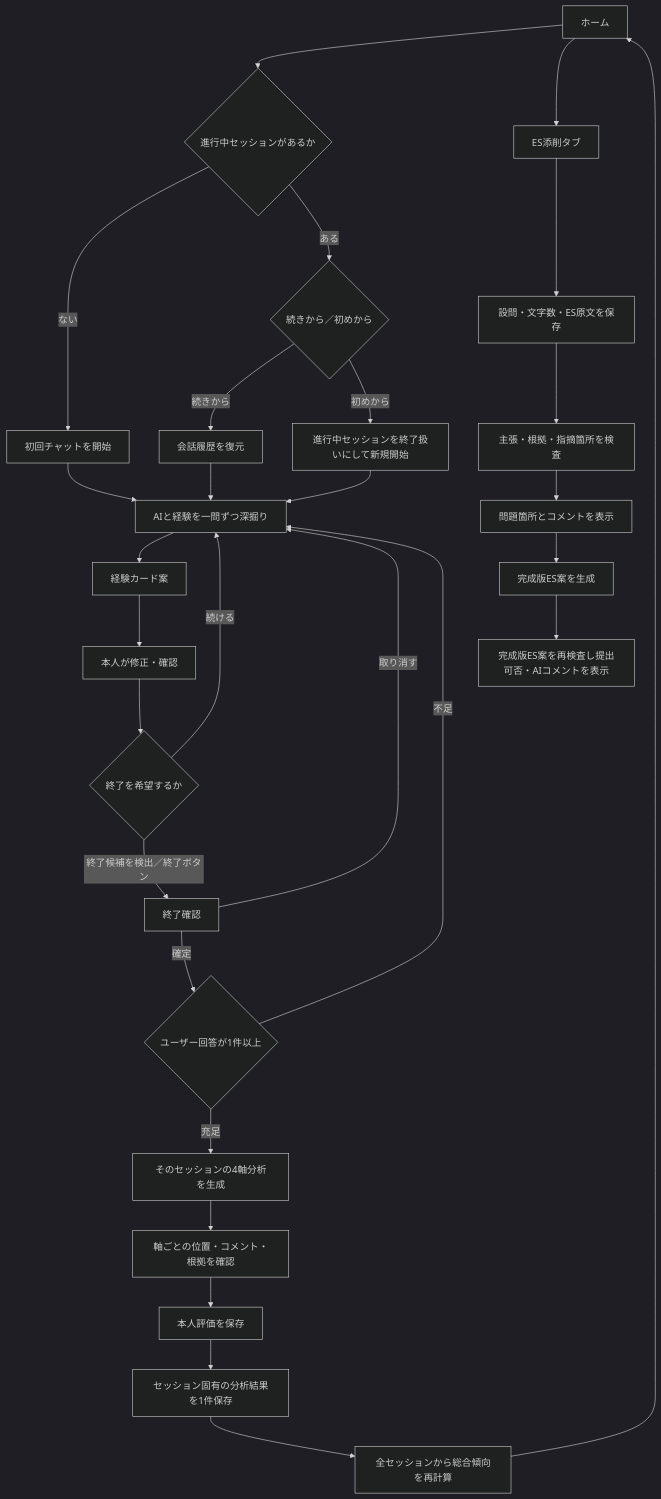
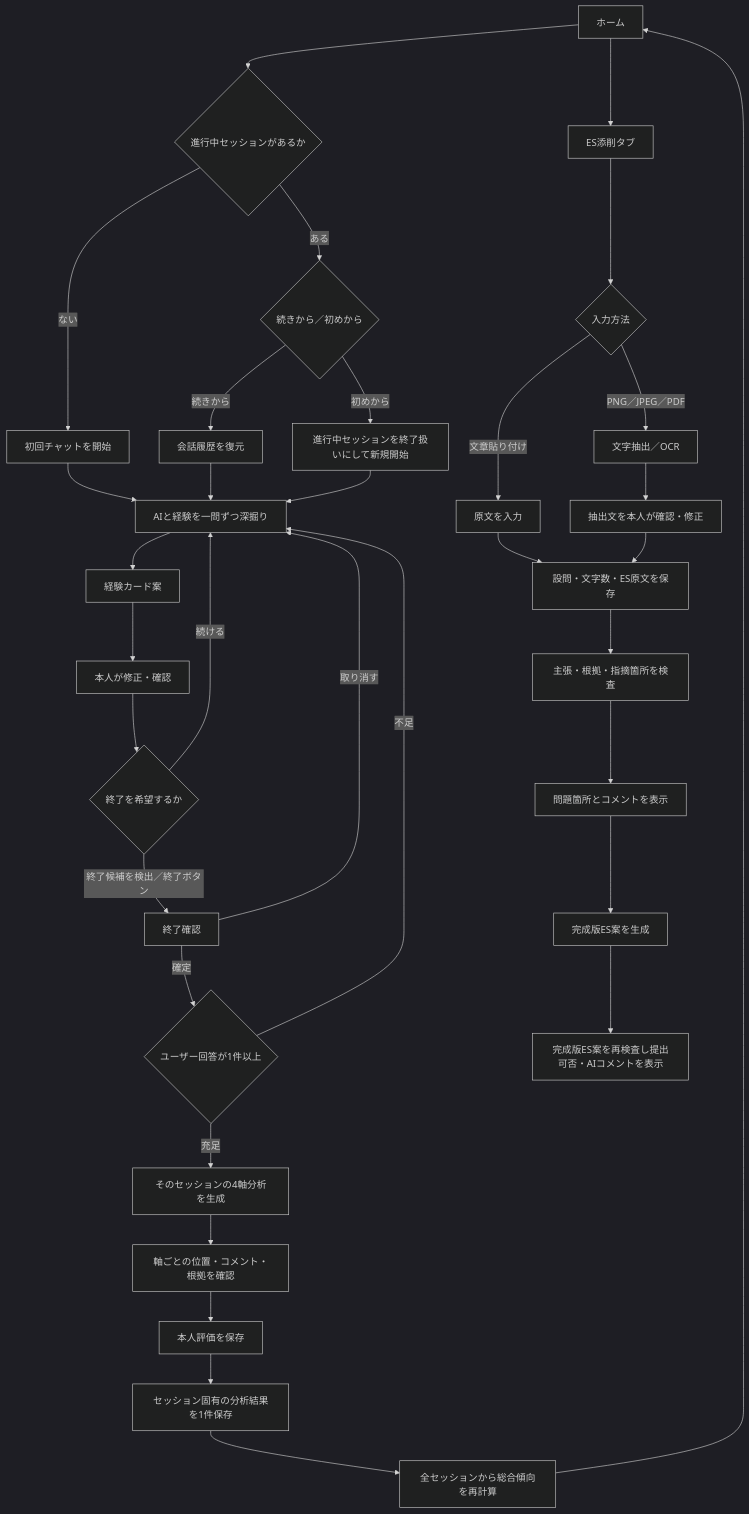
Before and after one commit to HACK-STAGE-STAGE2-teamG-YOZORA/Polaris: the diagram in docs/product-scope.md, drawn with Mermaid (dark theme). The commit also changed other lines of this file and 7 other files, not shown here.

````diff
--- a/docs/product-scope.md
+++ b/docs/product-scope.md
@@ -34,32 +34,37 @@
 ```mermaid
 flowchart TD
     A["ホーム"] --> B{"進行中セッションがあるか"}
     B -- "ない" --> C["初回チャットを開始"]
     B -- "ある" --> D{"続きから／初めから"}
     D -- "続きから" --> E["会話履歴を復元"]
     D -- "初めから" --> F["進行中セッションを終了扱いにして新規開始"]
     C --> G["AIと経験を一問ずつ深掘り"]
     E --> G
     F --> G
     G --> H["経験カード案"]
     H --> I["本人が修正・確認"]
     I --> J{"終了を希望するか"}
     J -- "続ける" --> G
     J -- "終了候補を検出／終了ボタン" --> K["終了確認"]
     K -- "取り消す" --> G
     K -- "確定" --> L{"ユーザー回答が1件以上"}
     L -- "不足" --> G
     L -- "充足" --> M["そのセッションの4軸分析を生成"]
     M --> N["軸ごとの位置・コメント・根拠を確認"]
     N --> O["本人評価を保存"]
     O --> P["セッション固有の分析結果を1件保存"]
     P --> W["全セッションから総合傾向を再計算"]
     W --> A
 
     A --> Q["ES添削タブ"]
-    Q --> R["設問・文字数・ES原文を保存"]
-    R --> S["主張・根拠・指摘箇所を検査"]
+    Q --> R{"入力方法"}
+    R -- "文章貼り付け" --> X["原文を入力"]
+    R -- "PNG／JPEG／PDF" --> Y["文字抽出／OCR"]
+    Y --> Z["抽出文を本人が確認・修正"]
+    X --> AA["設問・文字数・ES原文を保存"]
+    Z --> AA
+    AA --> S["主張・根拠・指摘箇所を検査"]
     S --> T["問題箇所とコメントを表示"]
     T --> U["完成版ES案を生成"]
     U --> V["完成版ES案を再検査し提出可否・AIコメントを表示"]
 ```
````
